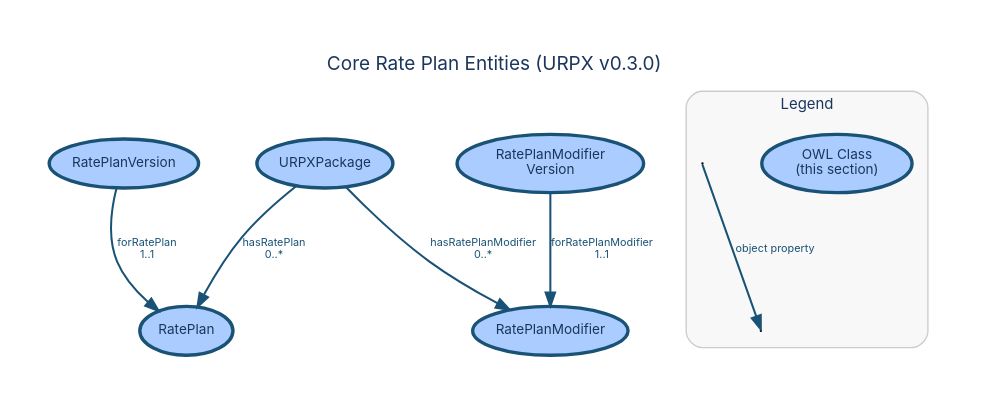
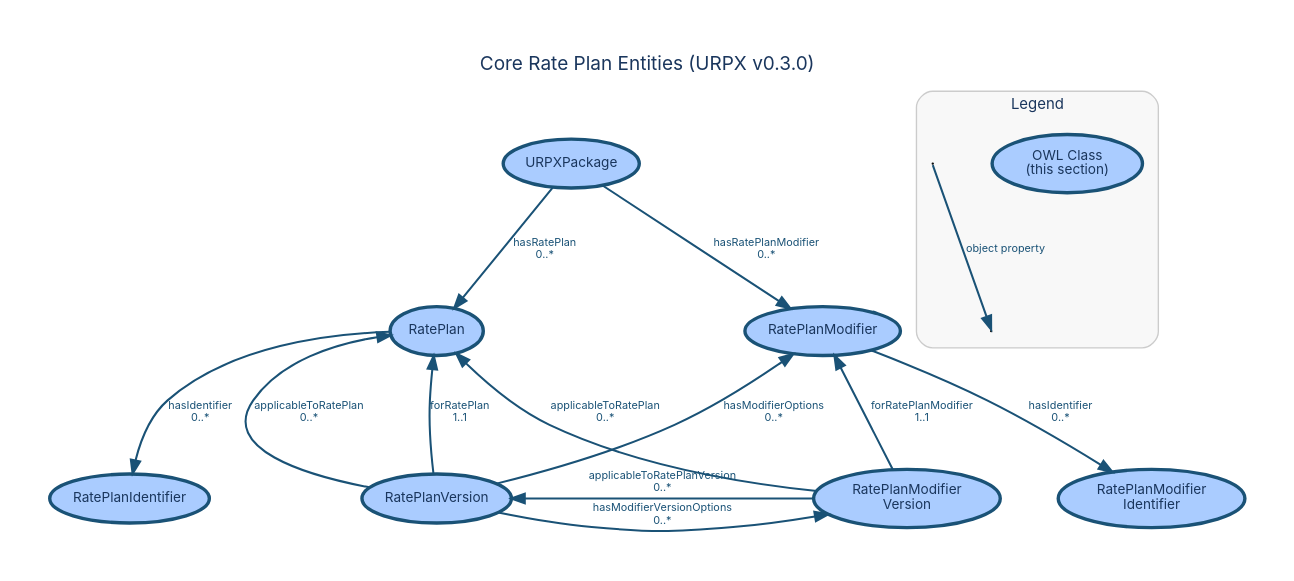
One commit to urpx-org/urpx changed the diagram in documentation/diagrams/dictionary/core-rate-plan-entities.dot. Above: the diagram before and after it, drawn with Graphviz. The commit also changed 52 other files, not shown here.

First line of the commit message:
Reword ambiguous bare "rate" in ontology annotations to "rate plan," "price," or "cost", Regenerate data dictionary and diagrams for v0.3.0; add v0.3.0 release notes draft

```diff
--- a/documentation/diagrams/dictionary/core-rate-plan-entities.dot
+++ b/documentation/diagrams/dictionary/core-rate-plan-entities.dot
@@ -1,71 +1,100 @@
 digraph "Core Rate Plan Entities" {
     rankdir=TB;
     bgcolor="white";
     pad=0.4;
     nodesep=0.6;
     ranksep=0.9;
     fontname="Inter, Helvetica, Arial, sans-serif";
     label="Core Rate Plan Entities (URPX v0.3.0)";
     labelloc="t";
     fontsize=14;
     fontcolor="#1a365d";
     node [fontname="Inter, Helvetica, Arial, sans-serif", fontsize=10, style=filled, fontcolor="#1a365d"];
     edge [fontname="Inter, Helvetica, Arial, sans-serif", fontsize=8, fontcolor="#1a365d"];
 
     // Section classes
     URPXPackage [
         label="URPXPackage"
         shape=ellipse, fillcolor="#aaccff", color="#1a5276", penwidth=2.5
     ];
     RatePlan [
         label="RatePlan"
         shape=ellipse, fillcolor="#aaccff", color="#1a5276", penwidth=2.5
     ];
+    RatePlanIdentifier [
+        label="RatePlanIdentifier"
+        shape=ellipse, fillcolor="#aaccff", color="#1a5276", penwidth=2.5
+    ];
     RatePlanVersion [
         label="RatePlanVersion"
         shape=ellipse, fillcolor="#aaccff", color="#1a5276", penwidth=2.5
     ];
     RatePlanModifier [
         label="RatePlanModifier"
+        shape=ellipse, fillcolor="#aaccff", color="#1a5276", penwidth=2.5
+    ];
+    RatePlanModifierIdentifier [
+        label="RatePlanModifier\nIdentifier"
         shape=ellipse, fillcolor="#aaccff", color="#1a5276", penwidth=2.5
     ];
     RatePlanModifierVersion [
         label="RatePlanModifier\nVersion"
         shape=ellipse, fillcolor="#aaccff", color="#1a5276", penwidth=2.5
     ];
 
     // Object property edges
     URPXPackage -> RatePlan [
         label="hasRatePlan\n0..*", color="#1a5276", fontcolor="#1a5276", penwidth=1.5, weight=10
     ];
     URPXPackage -> RatePlanModifier [
-        label="hasRatePlanModifier\n0..*", color="#1a5276", fontcolor="#1a5276", penwidth=1.5
+        label="hasRatePlanModifier\n0..*", color="#1a5276", fontcolor="#1a5276", penwidth=1.5, weight=10
+    ];
+    RatePlan -> RatePlanIdentifier [
+        label="hasIdentifier\n0..*", color="#1a5276", fontcolor="#1a5276", penwidth=1.5, weight=8
+    ];
+    RatePlanVersion -> RatePlan [
+        label="applicableToRatePlan\n0..*", color="#1a5276", fontcolor="#1a5276", penwidth=1.5, weight=10
     ];
     RatePlanVersion -> RatePlan [
         label="forRatePlan\n1..1", color="#1a5276", fontcolor="#1a5276", penwidth=1.5, weight=10
+    ];
+    RatePlanVersion -> RatePlanModifier [
+        label="hasModifierOptions\n0..*", color="#1a5276", fontcolor="#1a5276", penwidth=1.5
+    ];
+    RatePlanVersion -> RatePlanModifierVersion [
+        label="hasModifierVersionOptions\n0..*", color="#1a5276", fontcolor="#1a5276", penwidth=1.5
+    ];
+    RatePlanModifier -> RatePlanModifierIdentifier [
+        label="hasIdentifier\n0..*", color="#1a5276", fontcolor="#1a5276", penwidth=1.5
+    ];
+    RatePlanModifierVersion -> RatePlan [
+        label="applicableToRatePlan\n0..*", color="#1a5276", fontcolor="#1a5276", penwidth=1.5
+    ];
+    RatePlanModifierVersion -> RatePlanVersion [
+        label="applicableToRatePlanVersion\n0..*", color="#1a5276", fontcolor="#1a5276", penwidth=1.5
     ];
     RatePlanModifierVersion -> RatePlanModifier [
         label="forRatePlanModifier\n1..1", color="#1a5276", fontcolor="#1a5276", penwidth=1.5, weight=10
     ];
 
     // Layout-specified rank groups
     { rank=same; URPXPackage; }
     { rank=same; RatePlan; RatePlanModifier; }
-    { rank=same; RatePlanVersion; RatePlanModifierVersion; }
+    { rank=same; RatePlanIdentifier; RatePlanVersion; RatePlanModifierVersion; }
 
     subgraph cluster_legend {
         label="Legend";
         fontname="Inter, Helvetica, Arial, sans-serif";
         fontsize=11;
         fontcolor="#1a365d";
         style=rounded;
         color="#cccccc";
         bgcolor="#f8f8f8";
         margin=12;
 
         leg_class [label="OWL Class\n(this section)", shape=ellipse, fillcolor="#aaccff", color="#1a5276", penwidth=2.5];
         leg_src [label=" ", shape=point, width=0.01];
         leg_tgt1 [label=" ", shape=point, width=0.01];
         leg_src -> leg_tgt1 [label="object property", color="#1a5276", fontcolor="#1a5276", penwidth=1.5];
     }
 }
```
